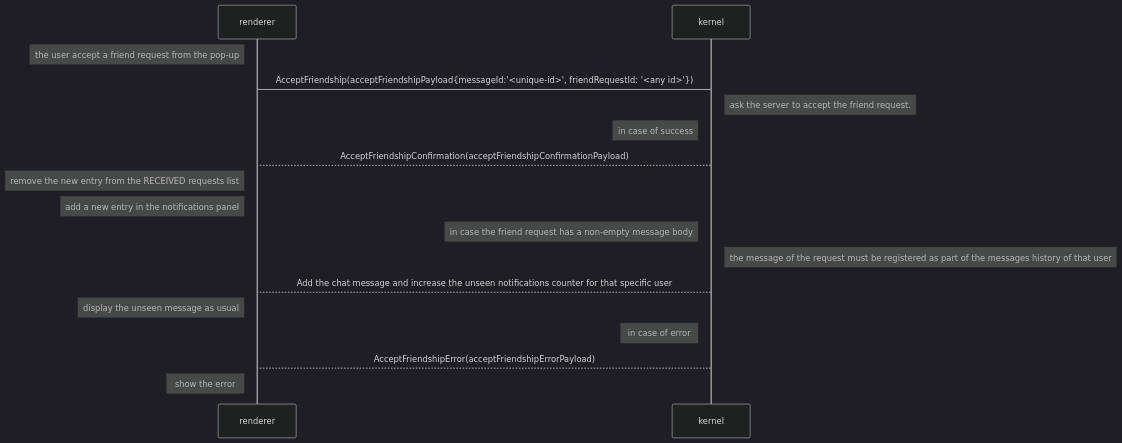
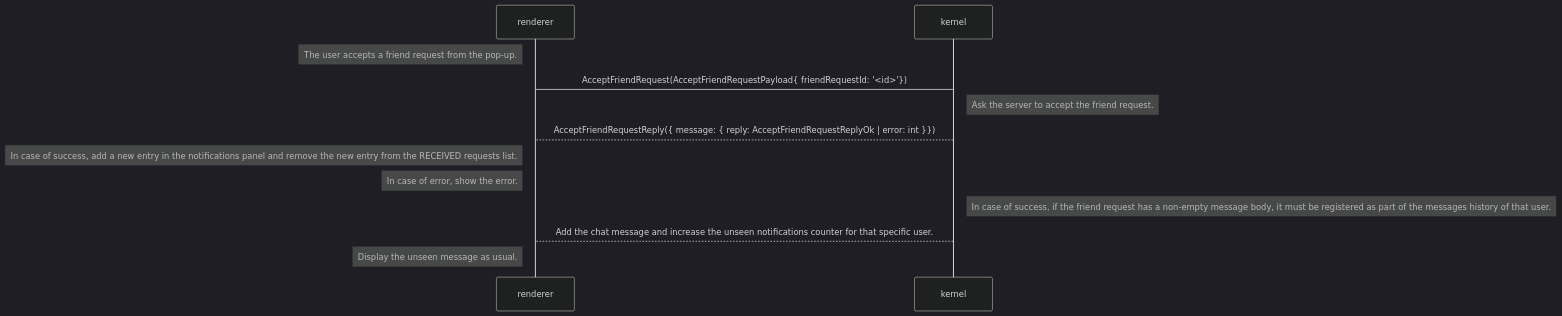
The third of 5 diagrams in content/ADR-137-new-friend-request.md (decentraland/adr), drawn with Mermaid (dark theme) before and after one commit. The commit also changed other lines of this file, not shown here.

Commit message:
feat: update messages to follow new protocol impl with RPC based mechanism

````diff
--- a/content/ADR-137-new-friend-request.md
+++ b/content/ADR-137-new-friend-request.md
@@ -133,20 +113,15 @@
 ```mermaid
 sequenceDiagram
   participant renderer
   participant kernel
   
-note left of renderer: the user accept a friend request from the pop-up
-renderer->kernel: AcceptFriendship(acceptFriendshipPayload{messageId:'<unique-id>', friendRequestId: '<any id>'})
-note right of kernel: ask the server to accept the friend request.
-note left of kernel: in case of success
-kernel-->renderer: AcceptFriendshipConfirmation(acceptFriendshipConfirmationPayload)
-note left of renderer: remove the new entry from the RECEIVED requests list
-note left of renderer: add a new entry in the notifications panel
-note left of kernel: in case the friend request has a non-empty message body
-note right of kernel: the message of the request must be registered as part of the messages history of that user
-kernel-->renderer: Add the chat message and increase the unseen notifications counter for that specific user
-note left of renderer: display the unseen message as usual
-note left of kernel: in case of error
-kernel-->renderer: AcceptFriendshipError(acceptFriendshipErrorPayload)
-note left of renderer: show the error
+note left of renderer: The user accepts a friend request from the pop-up.
+renderer->kernel: AcceptFriendRequest(AcceptFriendRequestPayload{ friendRequestId: '<id>'})
+note right of kernel: Ask the server to accept the friend request.
+kernel-->renderer: AcceptFriendRequestReply({ message: { reply: AcceptFriendRequestReplyOk | error: int }})
+note left of renderer: In case of success, add a new entry in the notifications panel and remove the new entry from the RECEIVED requests list.
+note left of renderer: In case of error, show the error.
+note right of kernel: In case of success, if the friend request has a non-empty message body, it must be registered as part of the messages history of that user.
+kernel-->renderer: Add the chat message and increase the unseen notifications counter for that specific user.
+note left of renderer: Display the unseen message as usual.
 ```
````
